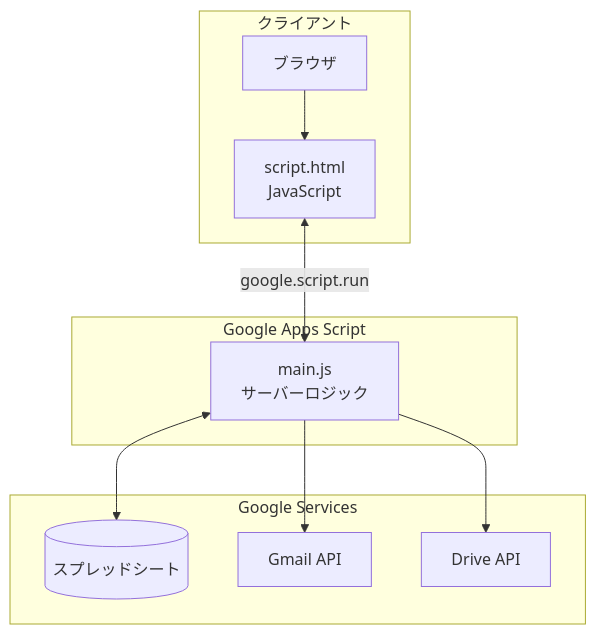
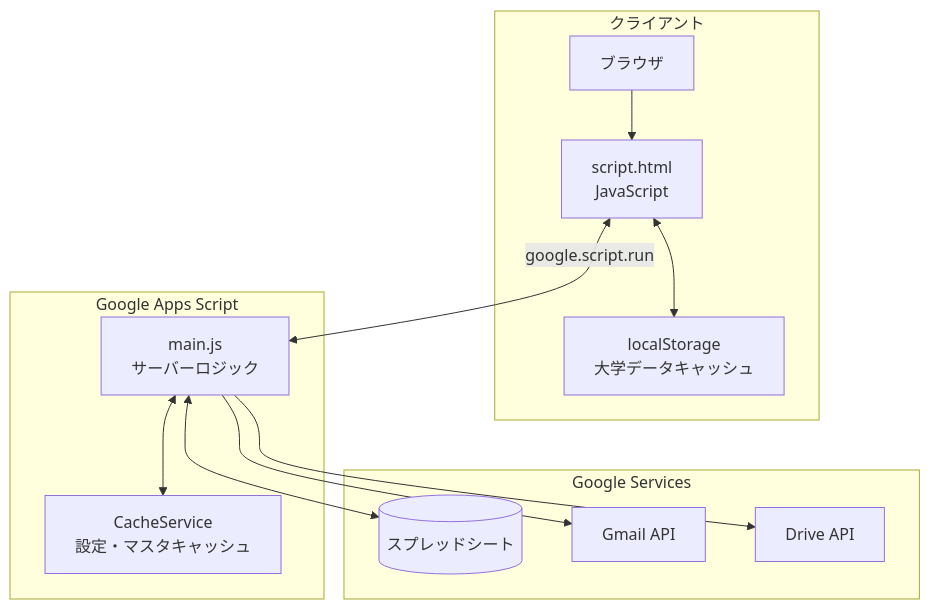
The first of 6 diagrams in PROGRAM_SPECIFICATION.md (suzukishigeru4b/juken-survey-public), drawn with Mermaid before and after one commit. The commit also changed other lines of this file and 6 other files, not shown here.

````diff
--- a/PROGRAM_SPECIFICATION.md
+++ b/PROGRAM_SPECIFICATION.md
@@ -27,23 +27,27 @@
 ```mermaid
 flowchart TB
     subgraph Client[クライアント]
         Browser[ブラウザ]
         JS[script.html<br/>JavaScript]
+        LocalCache[localStorage<br/>大学データキャッシュ]
     end
     
     subgraph GAS[Google Apps Script]
         Main[main.js<br/>サーバーロジック]
+        Cache[CacheService<br/>設定・マスタキャッシュ]
     end
     
     subgraph Google[Google Services]
         Sheets[(スプレッドシート)]
         Mail[Gmail API]
         Drive[Drive API]
     end
     
     Browser --> JS
     JS <-->|google.script.run| Main
+    JS <--> LocalCache
+    Main <--> Cache
     Main <--> Sheets
     Main --> Mail
     Main --> Drive
 ```
````
